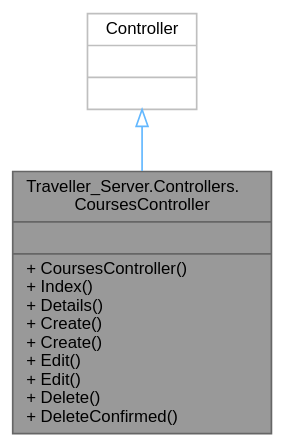
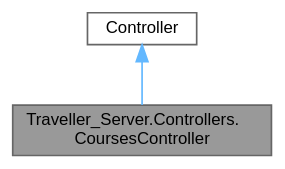
The diagram in Servidor/class_traveller___server_1_1_controllers_1_1_courses_controller__inherit__graph.dot (VenelinArgirov/manual-tecnico.github.io), drawn with Graphviz before and after one commit. The commit also changed 819 other files, not shown here.

```diff
--- a/Servidor/class_traveller___server_1_1_controllers_1_1_courses_controller__inherit__graph.dot
+++ b/Servidor/class_traveller___server_1_1_controllers_1_1_courses_controller__inherit__graph.dot
@@ -1,10 +1,10 @@
 digraph "Traveller_Server.Controllers.CoursesController"
 {
  // LATEX_PDF_SIZE
   bgcolor="transparent";
   edge [fontname=Helvetica,fontsize=10,labelfontname=Helvetica,labelfontsize=10];
   node [fontname=Helvetica,fontsize=10,shape=box,height=0.2,width=0.4];
-  Node1 [shape=record,label="{Traveller_Server.Controllers.\lCoursesController\n||+ CoursesController()\l+ Index()\l+ Details()\l+ Create()\l+ Create()\l+ Edit()\l+ Edit()\l+ Delete()\l+ DeleteConfirmed()\l}",height=0.2,width=0.4,color="gray40", fillcolor="grey60", style="filled", fontcolor="black",tooltip=" "];
-  Node2 -> Node1 [dir="back",color="steelblue1",style="solid",arrowtail="onormal"];
-  Node2 [shape=record,label="{Controller\n||}",height=0.2,width=0.4,color="grey75", fillcolor="white", style="filled",tooltip=" "];
+  Node1 [label="Traveller_Server.Controllers.\lCoursesController",height=0.2,width=0.4,color="gray40", fillcolor="grey60", style="filled", fontcolor="black",tooltip=" "];
+  Node2 -> Node1 [dir="back",color="steelblue1",style="solid"];
+  Node2 [label="Controller",height=0.2,width=0.4,color="gray40", fillcolor="white", style="filled",tooltip=" "];
 }
```
